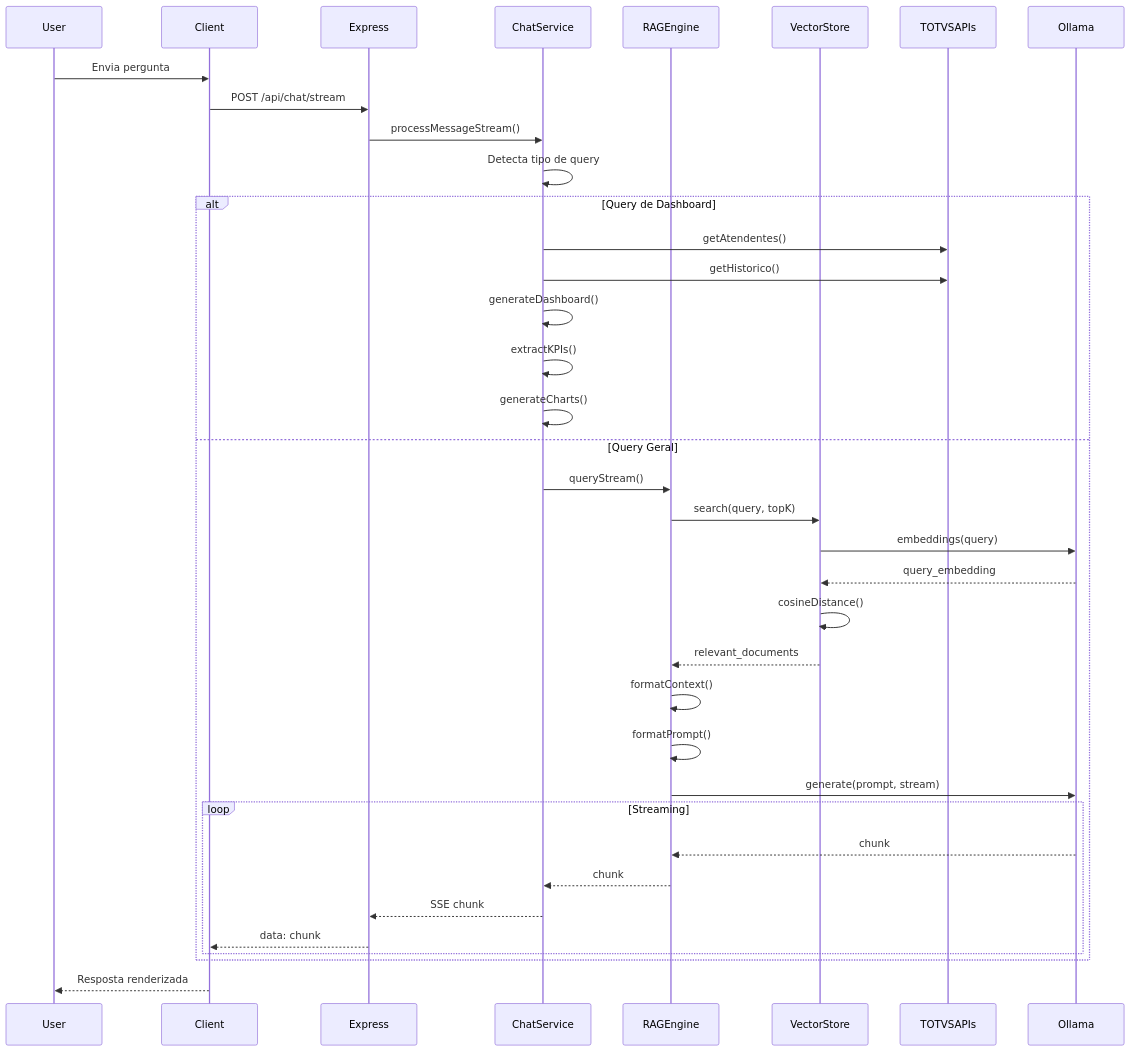
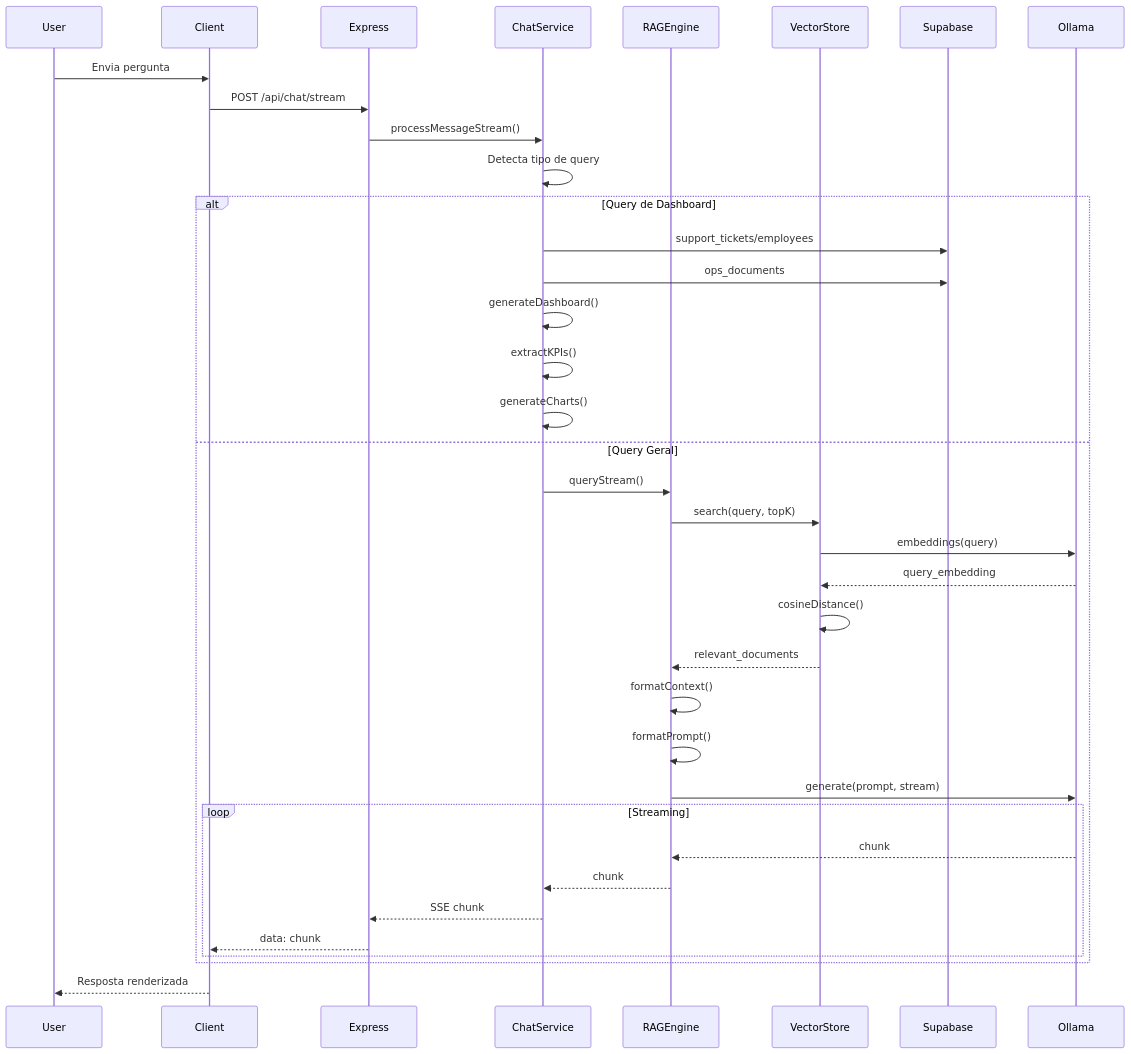
The eighth of 9 diagrams in docs/rag/rag-flowchart.md (chronokairo/KAIDE), drawn with Mermaid before and after one commit. The commit also changed other lines of this file and 79 other files, not shown here.

````diff
--- a/docs/rag/rag-flowchart.md
+++ b/docs/rag/rag-flowchart.md
@@ -385,44 +373,44 @@
 ```mermaid
 sequenceDiagram
     participant User
     participant Client
     participant Express
     participant ChatService
     participant RAGEngine
     participant VectorStore
-    participant TOTVSAPIs
+    participant Supabase
     participant Ollama
 
     User->>Client: Envia pergunta
     Client->>Express: POST /api/chat/stream
     Express->>ChatService: processMessageStream()
     
     ChatService->>ChatService: Detecta tipo de query
     
     alt Query de Dashboard
-        ChatService->>TOTVSAPIs: getAtendentes()
-        ChatService->>TOTVSAPIs: getHistorico()
+        ChatService->>Supabase: support_tickets/employees
+        ChatService->>Supabase: ops_documents
         ChatService->>ChatService: generateDashboard()
         ChatService->>ChatService: extractKPIs()
         ChatService->>ChatService: generateCharts()
     else Query Geral
         ChatService->>RAGEngine: queryStream()
         RAGEngine->>VectorStore: search(query, topK)
         VectorStore->>Ollama: embeddings(query)
         Ollama-->>VectorStore: query_embedding
         VectorStore->>VectorStore: cosineDistance()
         VectorStore-->>RAGEngine: relevant_documents
         RAGEngine->>RAGEngine: formatContext()
         RAGEngine->>RAGEngine: formatPrompt()
         RAGEngine->>Ollama: generate(prompt, stream)
         
         loop Streaming
             Ollama-->>RAGEngine: chunk
             RAGEngine-->>ChatService: chunk
             ChatService-->>Express: SSE chunk
             Express-->>Client: data: chunk
         end
     end
     
     Client-->>User: Resposta renderizada
 ```
````
